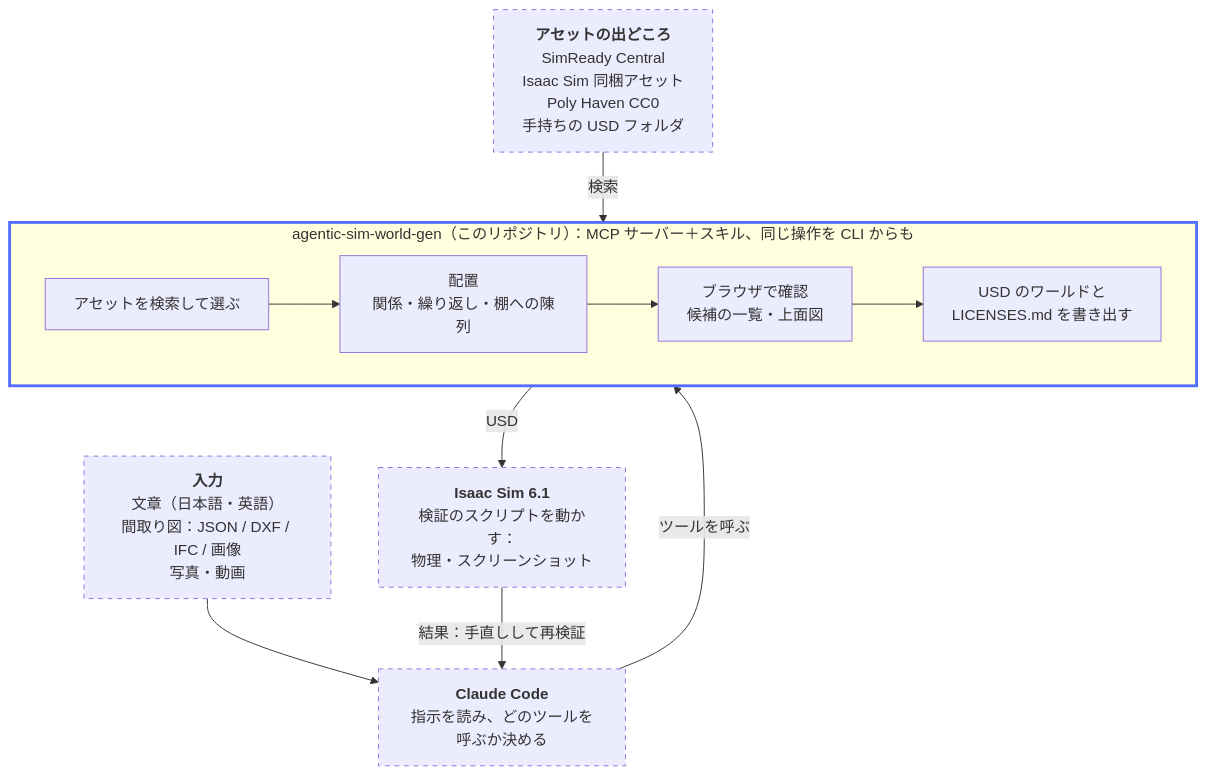
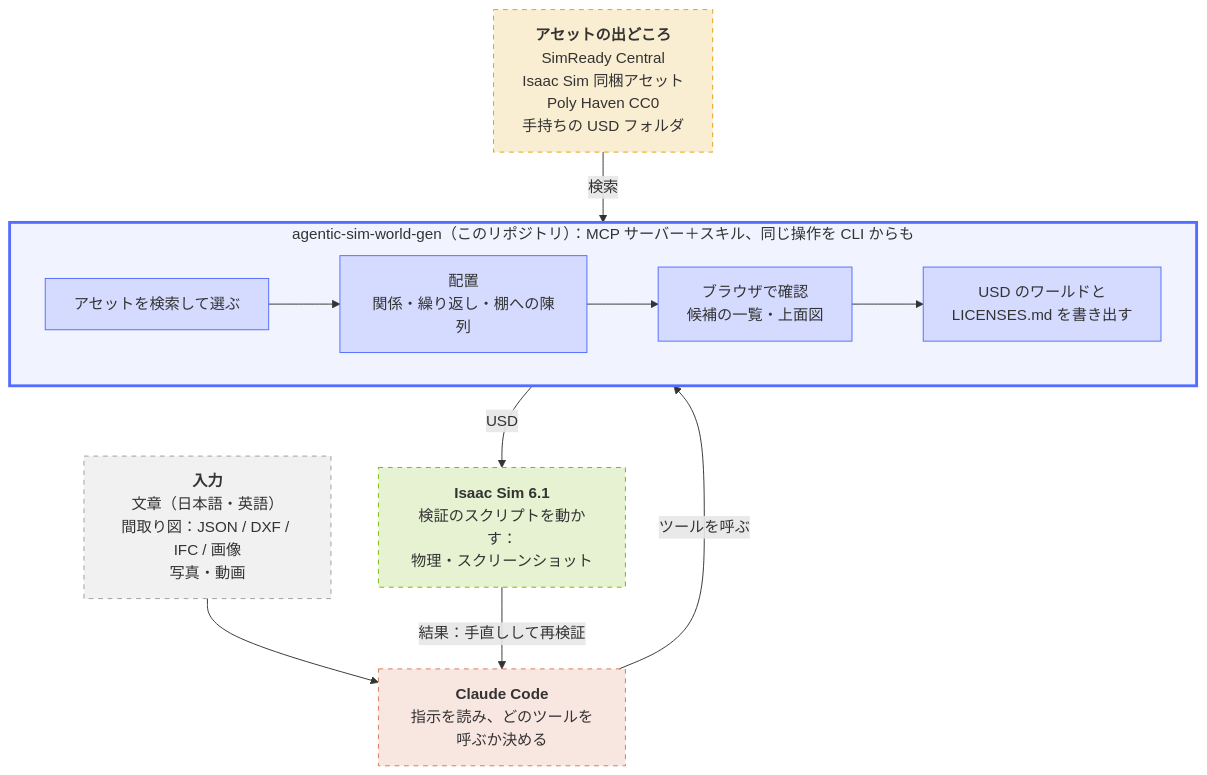
Before and after one commit to atinfinity/agentic-sim-world-gen: the diagram in README.ja.md, drawn with Mermaid. The commit also changed other lines of this file and 2 other files, not shown here.

Commit message:
README diagram: color the parts (#23)
Blue for this repository; orange for Claude Code, yellow for the asset sources, green for Isaac Sim and gray
for the input. The fills are translucent so they read in light and dark mode.

````diff
--- a/README.ja.md
+++ b/README.ja.md
@@ -8,19 +8,27 @@
 ```mermaid
 flowchart TB
   IN["<b>入力</b><br/>文章（日本語・英語）<br/>間取り図：JSON / DXF / IFC / 画像<br/>写真・動画"]
   CC["<b>Claude Code</b><br/>指示を読み、どのツールを呼ぶか決める"]
   subgraph WG["agentic-sim-world-gen（このリポジトリ）：MCP サーバー＋スキル、同じ操作を CLI からも"]
     direction LR
     S["アセットを検索して選ぶ"] --> L["配置<br/>関係・繰り返し・棚への陳列"] --> V["ブラウザで確認<br/>候補の一覧・上面図"] --> U["USD のワールドと<br/>LICENSES.md を書き出す"]
   end
   SRC["<b>アセットの出どころ</b><br/>SimReady Central<br/>Isaac Sim 同梱アセット<br/>Poly Haven CC0<br/>手持ちの USD フォルダ"]
   ISAAC["<b>Isaac Sim 6.1</b><br/>検証のスクリプトを動かす：<br/>物理・スクリーンショット"]
   IN --> CC
   CC -- "ツールを呼ぶ" --> WG
   SRC -- "検索" --> WG
   WG -- "USD" --> ISAAC
   ISAAC -- "結果：手直しして再検証" --> CC
-  style WG stroke:#536dfe,stroke-width:3px
-  classDef outside stroke-dasharray:5 5
-  class IN,CC,SRC,ISAAC outside
+  style WG fill:#536dfe14,stroke:#536dfe,stroke-width:3px
+  classDef repo fill:#536dfe2e,stroke:#536dfe
+  classDef input fill:#9e9e9e26,stroke:#9e9e9e,stroke-dasharray:5 5
+  classDef claude fill:#d977572e,stroke:#d97757,stroke-dasharray:5 5
+  classDef assets fill:#e3a0082e,stroke:#e3a008,stroke-dasharray:5 5
+  classDef isaac fill:#76b9002e,stroke:#76b900,stroke-dasharray:5 5
+  class S,L,V,U repo
+  class IN input
+  class CC claude
+  class SRC assets
+  class ISAAC isaac
 ```
````
